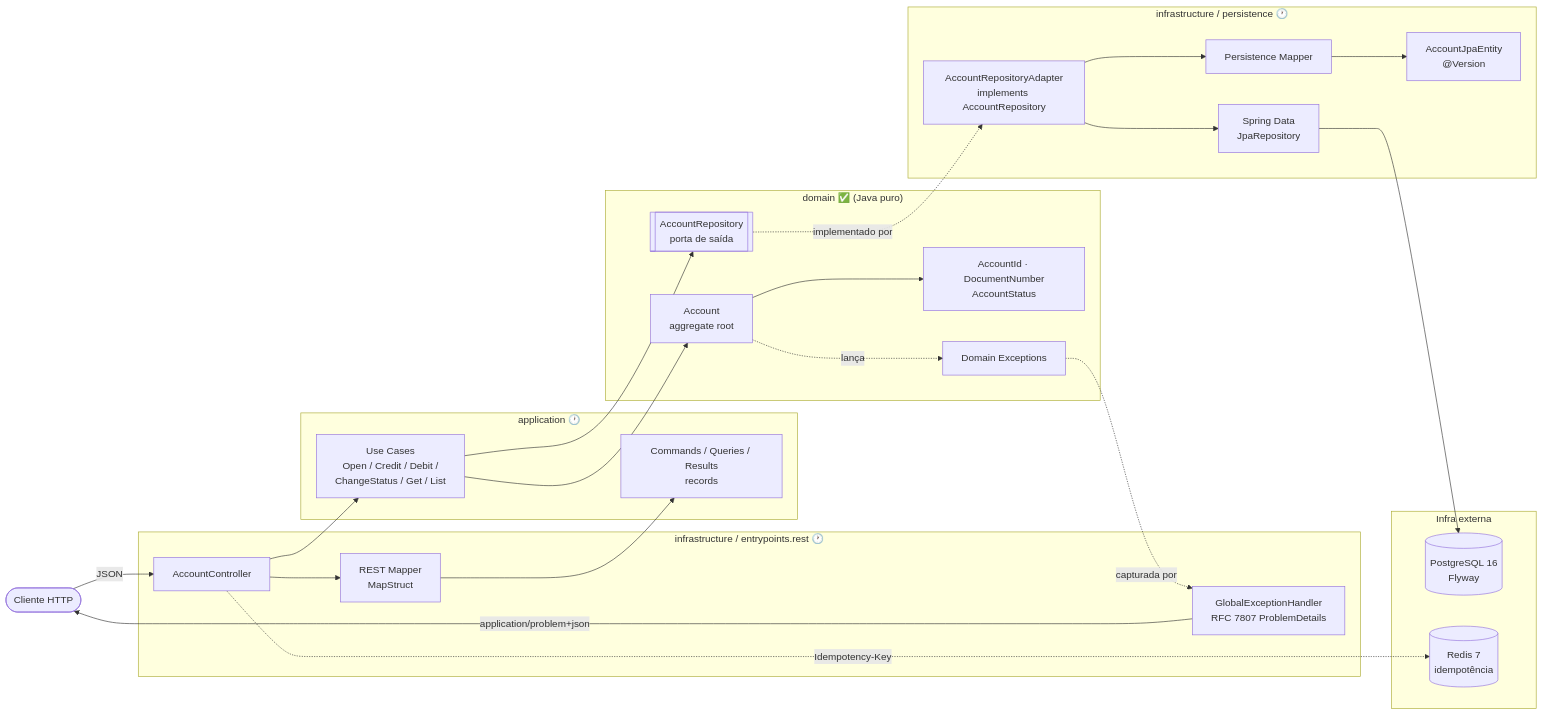
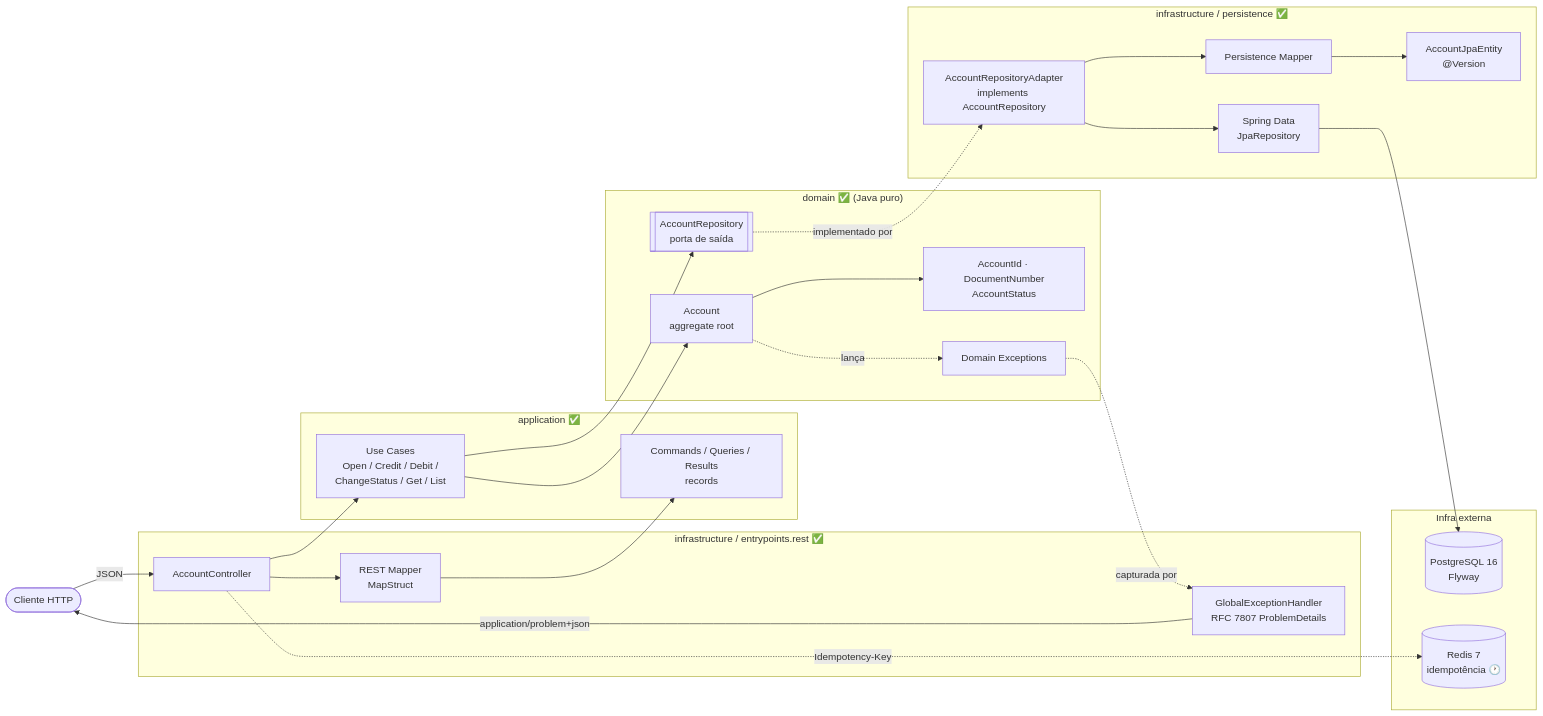
One commit to RafaelKorb/enterprise-crud-spring changed the first of 4 diagrams in docs/architecture-flow.md. Above: the diagram before and after it, drawn with Mermaid. The commit also changed other lines of this file and 13 other files, not shown here.

````diff
--- a/docs/architecture-flow.md
+++ b/docs/architecture-flow.md
@@ -13,48 +13,48 @@
 ```mermaid
 flowchart LR
     client([Cliente HTTP])
 
-    subgraph infra_in["infrastructure / entrypoints.rest 🕐"]
+    subgraph infra_in["infrastructure / entrypoints.rest ✅"]
         ctrl[AccountController]
         rmap[REST Mapper<br/>MapStruct]
         handler[GlobalExceptionHandler<br/>RFC 7807 ProblemDetails]
     end
 
-    subgraph app["application 🕐"]
+    subgraph app["application ✅"]
         uc[Use Cases<br/>Open / Credit / Debit /<br/>ChangeStatus / Get / List]
         dto[Commands / Queries / Results<br/>records]
     end
 
     subgraph domain["domain ✅ (Java puro)"]
         agg[Account<br/>aggregate root]
         vo[AccountId · DocumentNumber<br/>AccountStatus]
         port[[AccountRepository<br/>porta de saída]]
         ex[Domain Exceptions]
     end
 
-    subgraph infra_out["infrastructure / persistence 🕐"]
+    subgraph infra_out["infrastructure / persistence ✅"]
         adapter[AccountRepositoryAdapter<br/>implements AccountRepository]
         pmap[Persistence Mapper]
         jpa["AccountJpaEntity<br/>@Version"]
         springrepo[Spring Data<br/>JpaRepository]
     end
 
     subgraph ext["Infra externa"]
         pg[(PostgreSQL 16<br/>Flyway)]
-        redis[(Redis 7<br/>idempotência)]
+        redis[(Redis 7<br/>idempotência 🕐)]
     end
 
     client -->|JSON| ctrl
     ctrl --> rmap --> dto
     ctrl --> uc
     uc --> agg
     agg --> vo
     uc --> port
     port -. implementado por .-> adapter
     adapter --> pmap --> jpa
     adapter --> springrepo --> pg
     ctrl -. Idempotency-Key .-> redis
     agg -. lança .-> ex
     ex -. capturada por .-> handler
     handler -->|application/problem+json| client
 ```
````
